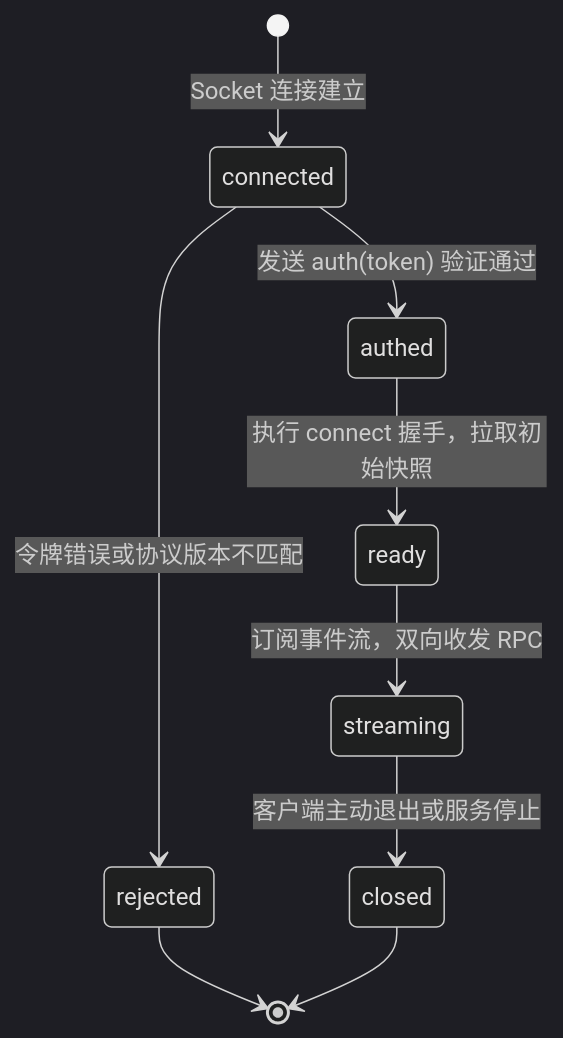
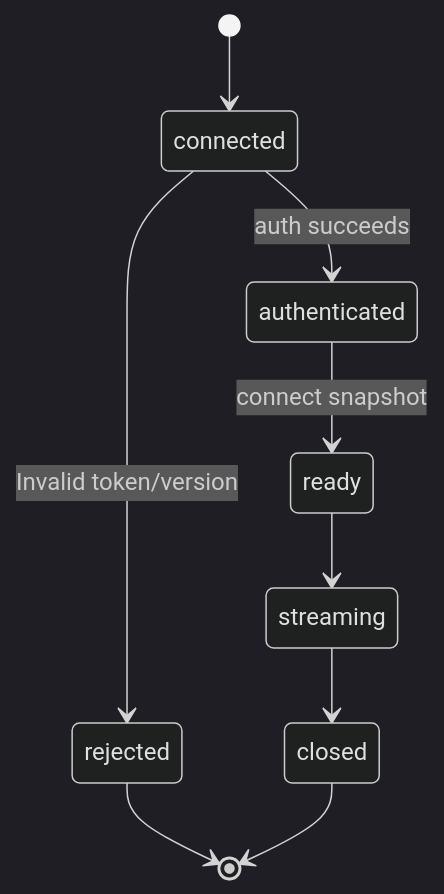
Before and after one commit to num-lab/Ruukoto: the first of 2 diagrams in docs/modules/control.md, drawn with Mermaid (dark theme). The commit also changed other lines of this file and 3987 other files, not shown here.

````diff
--- a/docs/modules/control.md
+++ b/docs/modules/control.md
@@ -56,11 +40,11 @@
 ```mermaid
 stateDiagram-v2
-  [*] --> connected: Socket 连接建立
-  connected --> authed: 发送 auth(token) 验证通过
-  connected --> rejected: 令牌错误或协议版本不匹配
-  authed --> ready: 执行 connect 握手，拉取初始快照
-  ready --> streaming: 订阅事件流，双向收发 RPC
-  streaming --> closed: 客户端主动退出或服务停止
+  [*] --> connected
+  connected --> authenticated: auth succeeds
+  connected --> rejected: Invalid token/version
+  authenticated --> ready: connect snapshot
+  ready --> streaming
+  streaming --> closed
   rejected --> [*]
   closed --> [*]
 ```
````
